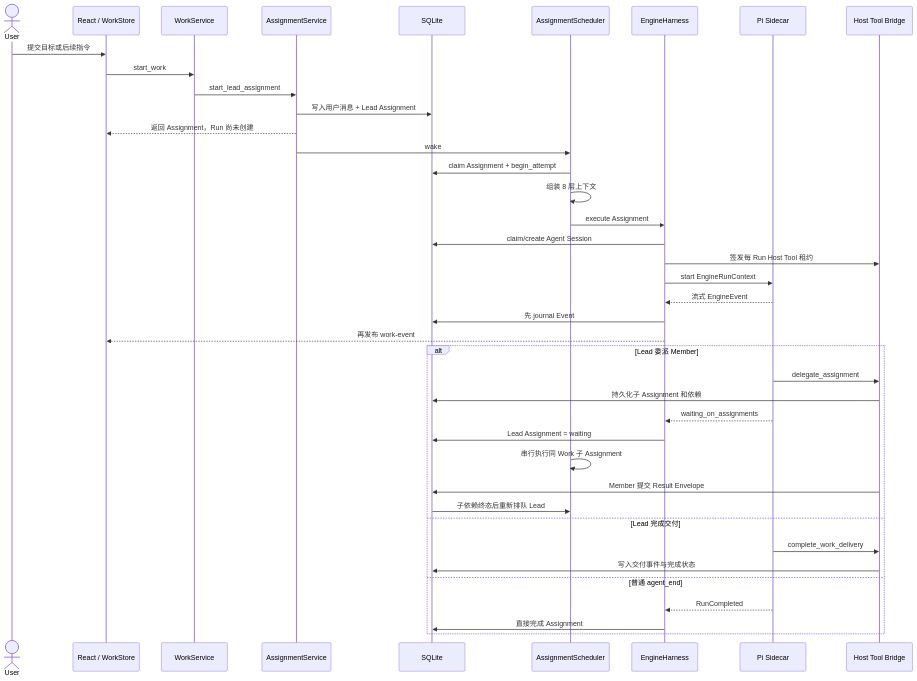
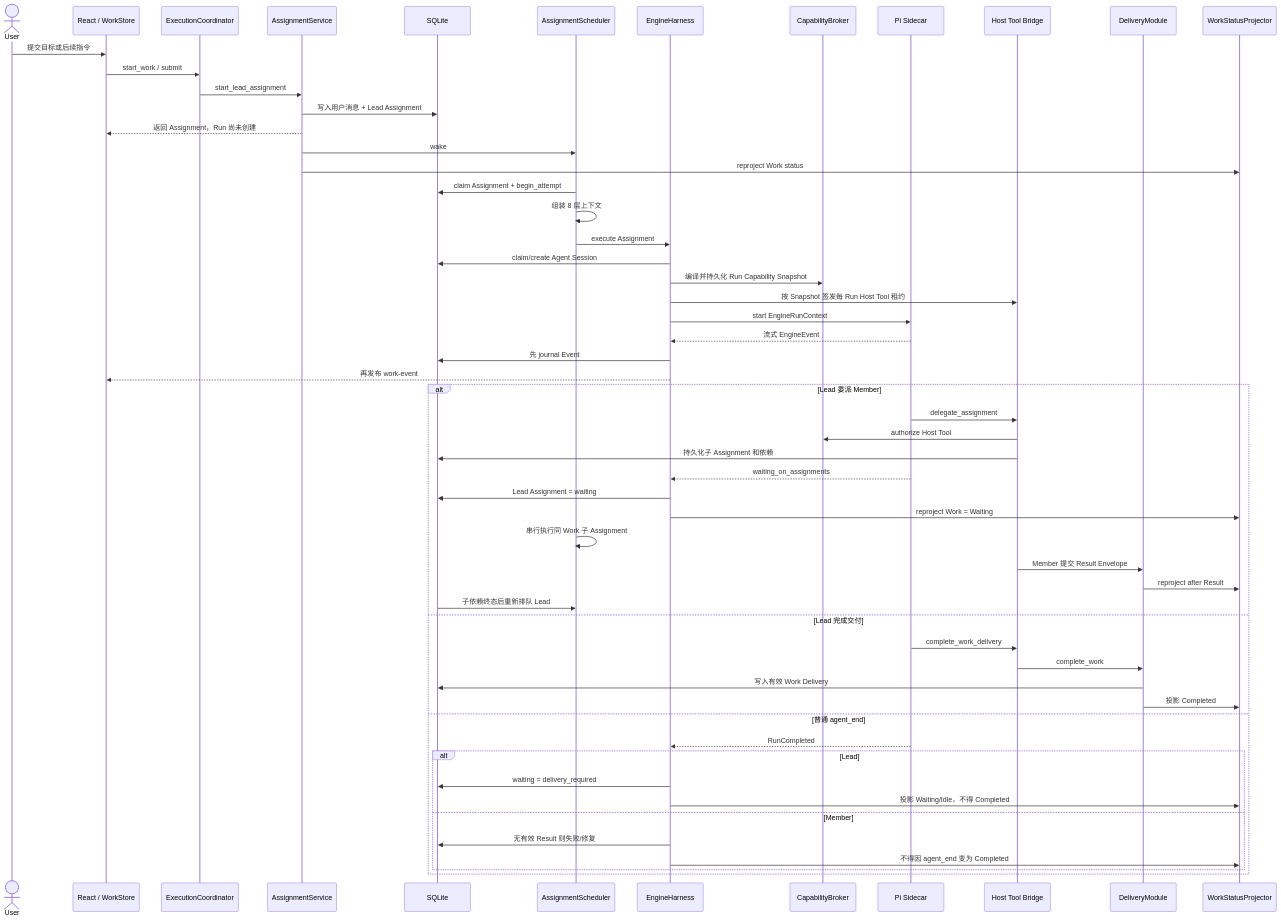
Before and after one commit to qqzhangyanhua/PiWork: the third of 6 diagrams in docs/architecture/piwork-current-agent-architecture.zh-CN.md, drawn with Mermaid. The commit also changed other lines of this file and 5 other files, not shown here.

First line of the commit message:
docs: calibrate Phase 0 architecture facts (#9)

````diff
--- a/docs/architecture/piwork-current-agent-architecture.zh-CN.md
+++ b/docs/architecture/piwork-current-agent-architecture.zh-CN.md
@@ -195,45 +232,61 @@
 ```mermaid
 sequenceDiagram
     actor User
     participant UI as React / WorkStore
-    participant WS as WorkService
+    participant C as ExecutionCoordinator
     participant AS as AssignmentService
     participant DB as SQLite
     participant S as AssignmentScheduler
     participant H as EngineHarness
+    participant CB as CapabilityBroker
     participant P as Pi Sidecar
     participant B as Host Tool Bridge
+    participant D as DeliveryModule
+    participant PR as WorkStatusProjector
 
     User->>UI: 提交目标或后续指令
-    UI->>WS: start_work
-    WS->>AS: start_lead_assignment
+    UI->>C: start_work / submit
+    C->>AS: start_lead_assignment
     AS->>DB: 写入用户消息 + Lead Assignment
     AS-->>UI: 返回 Assignment，Run 尚未创建
     AS->>S: wake
+    AS->>PR: reproject Work status
 
     S->>DB: claim Assignment + begin_attempt
     S->>S: 组装 8 层上下文
     S->>H: execute Assignment
     H->>DB: claim/create Agent Session
-    H->>B: 签发每 Run Host Tool 租约
+    H->>CB: 编译并持久化 Run Capability Snapshot
+    H->>B: 按 Snapshot 签发每 Run Host Tool 租约
     H->>P: start EngineRunContext
     P-->>H: 流式 EngineEvent
     H->>DB: 先 journal Event
     H-->>UI: 再发布 work-event
 
     alt Lead 委派 Member
         P->>B: delegate_assignment
+        B->>CB: authorize Host Tool
         B->>DB: 持久化子 Assignment 和依赖
         P-->>H: waiting_on_assignments
         H->>DB: Lead Assignment = waiting
+        H->>PR: reproject Work = Waiting
         S->>S: 串行执行同 Work 子 Assignment
-        B->>DB: Member 提交 Result Envelope
+        B->>D: Member 提交 Result Envelope
+        D->>PR: reproject after Result
         DB->>S: 子依赖终态后重新排队 Lead
     else Lead 完成交付
         P->>B: complete_work_delivery
-        B->>DB: 写入交付事件与完成状态
+        B->>D: complete_work
+        D->>DB: 写入有效 Work Delivery
+        D->>PR: 投影 Completed
     else 普通 agent_end
         P-->>H: RunCompleted
-        H->>DB: 直接完成 Assignment
+        alt Lead
+            H->>DB: waiting = delivery_required
+            H->>PR: 投影 Waiting/Idle，不得 Completed
+        else Member
+            H->>DB: 无有效 Result 则失败/修复
+            H->>PR: 不得因 agent_end 变为 Completed
+        end
     end
 ```
````
